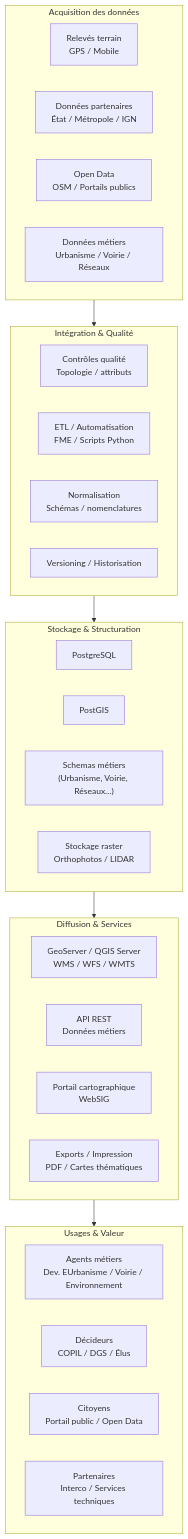
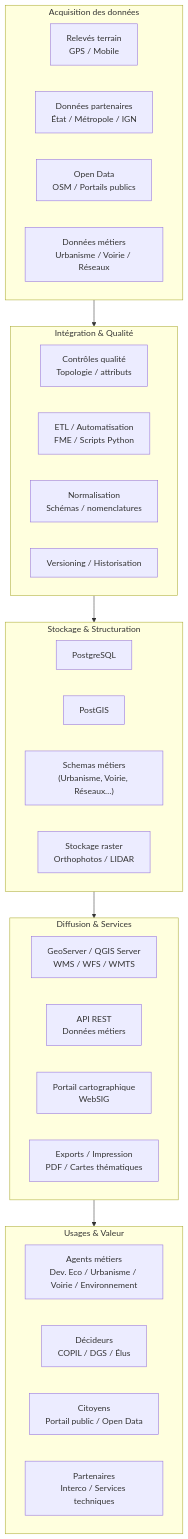
Before and after one commit to fdadda/iodraw-files: the diagram in all/Chaine de valeurs SIG.md, drawn with Mermaid.

Commit message:
2026-06-23 15:06:38 update

````diff
--- a/all/Chaine de valeurs SIG.md
+++ b/all/Chaine de valeurs SIG.md
@@ -1,50 +1,50 @@
 ```mermaid
 flowchart TD
 
     %% --- Acquisition ---
     subgraph ACQ["Acquisition des données"]
         A1["Relevés terrain<br/>GPS / Mobile"]
         A2["Données partenaires<br/>État / Métropole / IGN"]
         A3["Open Data<br/>OSM / Portails publics"]
         A4["Données métiers<br/>Urbanisme / Voirie / Réseaux"]
     end
 
     %% --- Intégration ---
     subgraph INT["Intégration & Qualité"]
         B1["Contrôles qualité<br/>Topologie / attributs"]
         B2["ETL / Automatisation<br/>FME / Scripts Python"]
         B3["Normalisation<br/>Schémas / nomenclatures"]
         B4["Versioning / Historisation"]
     end
 
     %% --- Stockage ---
     subgraph STO["Stockage & Structuration"]
         C1["PostgreSQL"]
         C2["PostGIS"]
         C3["Schemas métiers<br/>(Urbanisme, Voirie, Réseaux…)"]
         C4["Stockage raster<br/>Orthophotos / LIDAR"]
     end
 
     %% --- Diffusion ---
     subgraph DIF["Diffusion & Services"]
         D1["GeoServer / QGIS Server<br/>WMS / WFS / WMTS"]
         D2["API REST<br/>Données métiers"]
         D3["Portail cartographique<br/>WebSIG"]
         D4["Exports / Impression<br/>PDF / Cartes thématiques"]
     end
 
     %% --- Usages ---
     subgraph USA["Usages & Valeur"]
-        E1["Agents métiers<br/>Dev. EUrbanisme / Voirie / Environnement"]
+        E1["Agents métiers<br/>Dev. Eco / Urbanisme / Voirie / Environnement"]
         E2["Décideurs<br/>COPIL / DGS / Élus"]
         E3["Citoyens<br/>Portail public / Open Data"]
         E4["Partenaires<br/>Interco / Services techniques"]
     end
 
     %% --- Flux ---
     ACQ --> INT
     INT --> STO
     STO --> DIF
     DIF --> USA
 
 ```
````
